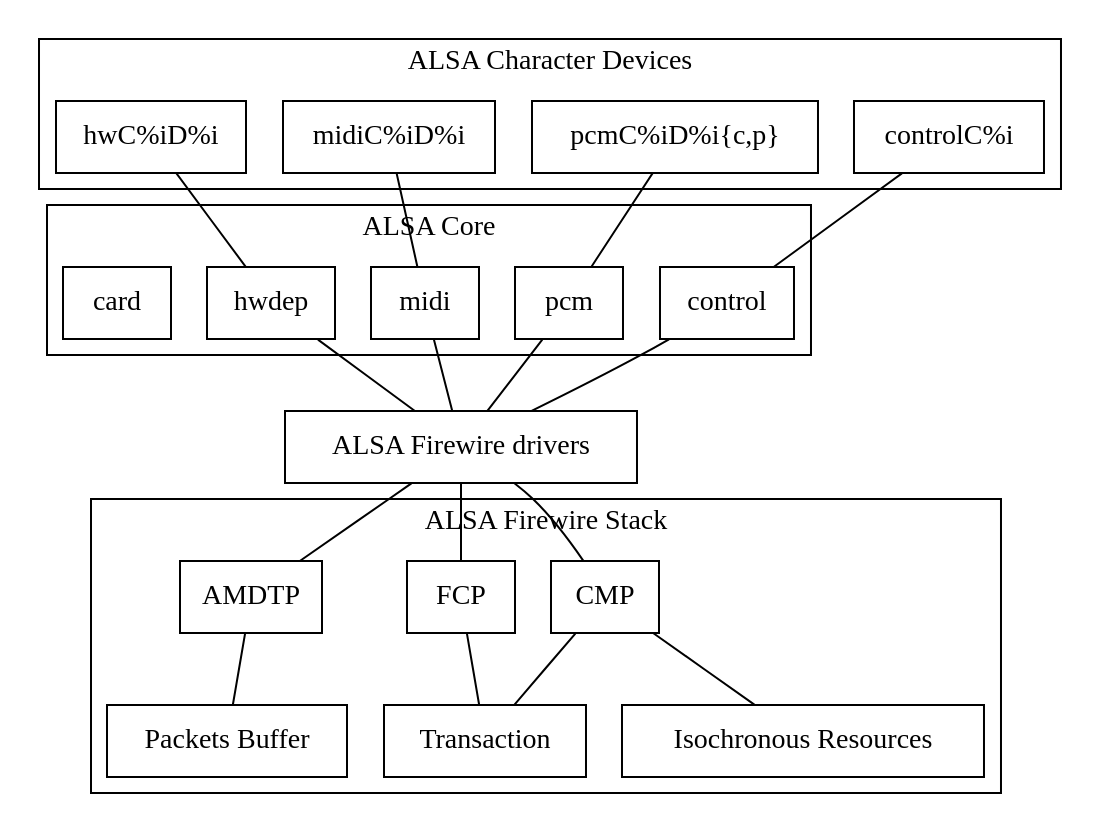
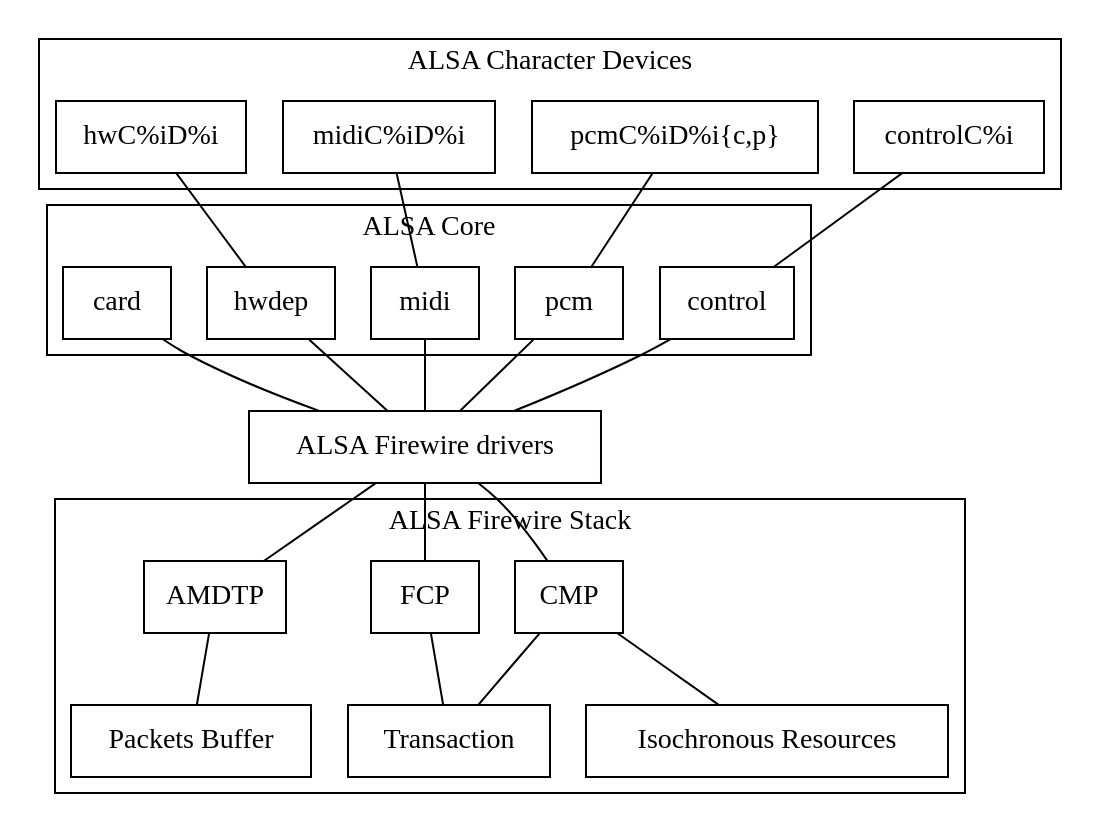
The diagram in img/alsa-stack.dot (takaswie/alsa-firewire-report), drawn with Graphviz before and after one commit. The commit also changed 7 other files, not shown here.

```diff
--- a/img/alsa-stack.dot
+++ b/img/alsa-stack.dot
@@ -1,51 +1,52 @@
 graph firewire_related_stacks {
   graph [rankdir = TB, compound = true];
 
 	subgraph cluster0 {
 		label="ALSA Character Devices";
 
 		ctrl_cdev	[label="controlC%i", shape=box];
 		pcm_cdev	[label="pcmC%iD%i{c,p}", shape=box];
 		midi_cdev	[label="midiC%iD%i", shape=box];
 		hw_cdev		[label="hwC%iD%i", shape=box];
 
 	}
 
 	subgraph cluster1 {
 		label="ALSA Core";
 
 		ctrl	[label="control", shape=box];
 		pcm	[label="pcm", shape=box];
 		midi	[label="midi", shape=box];
 		hwdep	[label="hwdep", shape=box];
 		card	[label="card", shape=box];
 
 	}
 
+	card		-- snd_fw;
 	ctrl_cdev	-- ctrl		-- snd_fw;
 	pcm_cdev	-- pcm		-- snd_fw;
 	midi_cdev	-- midi		-- snd_fw;
 	hw_cdev		-- hwdep	-- snd_fw;
 
 	snd_fw [label="ALSA Firewire drivers", shape=box];
 
 	snd_fw	-- cmp;
 	snd_fw	-- amdtp;
 	snd_fw	-- fcp;
 
 	subgraph cluster2 {
 		label="ALSA Firewire Stack";
 
 		cmp		[label="CMP", shape=box];
 		amdtp		[label="AMDTP", shape=box];
 		fcp		[label="FCP", shape=box];
 		isoc_res	[label="Isochronous Resources", shape=box]
 		packets_buf	[label="Packets Buffer", shape=box]
 		transaction	[label="Transaction", shape=box]
 	}
 
 	fcp		-- transaction;
 	cmp		-- transaction;
 	cmp		-- isoc_res;
 	amdtp		-- packets_buf
 }
```
